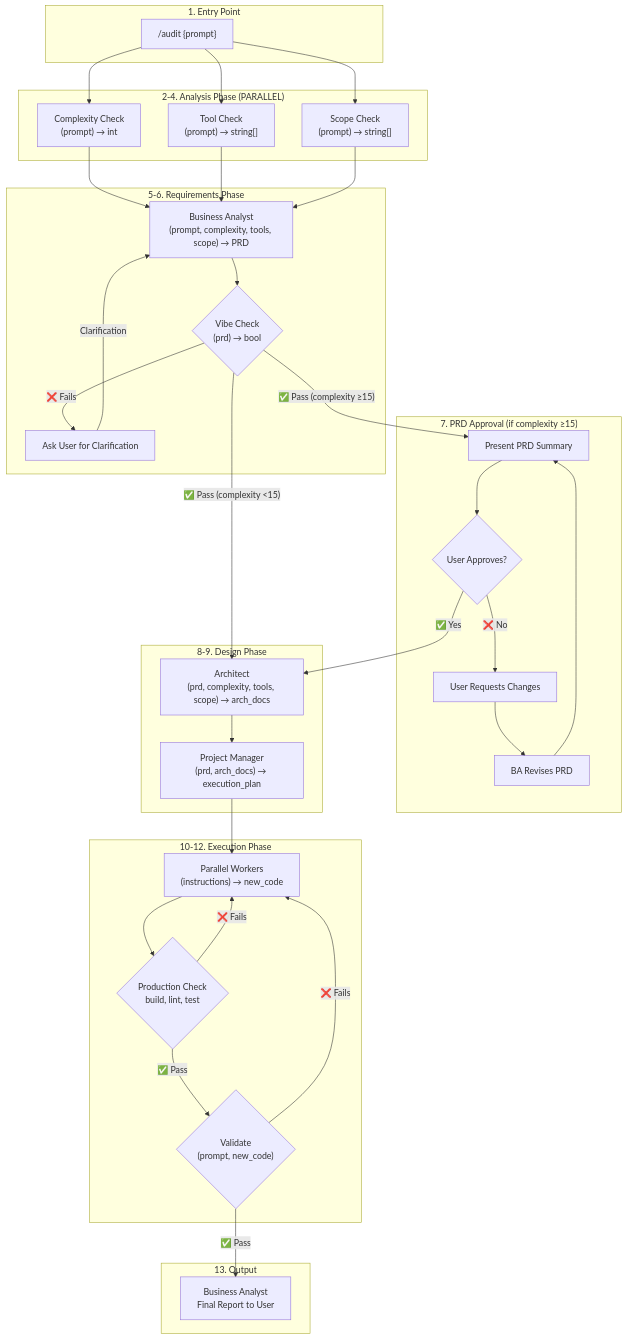
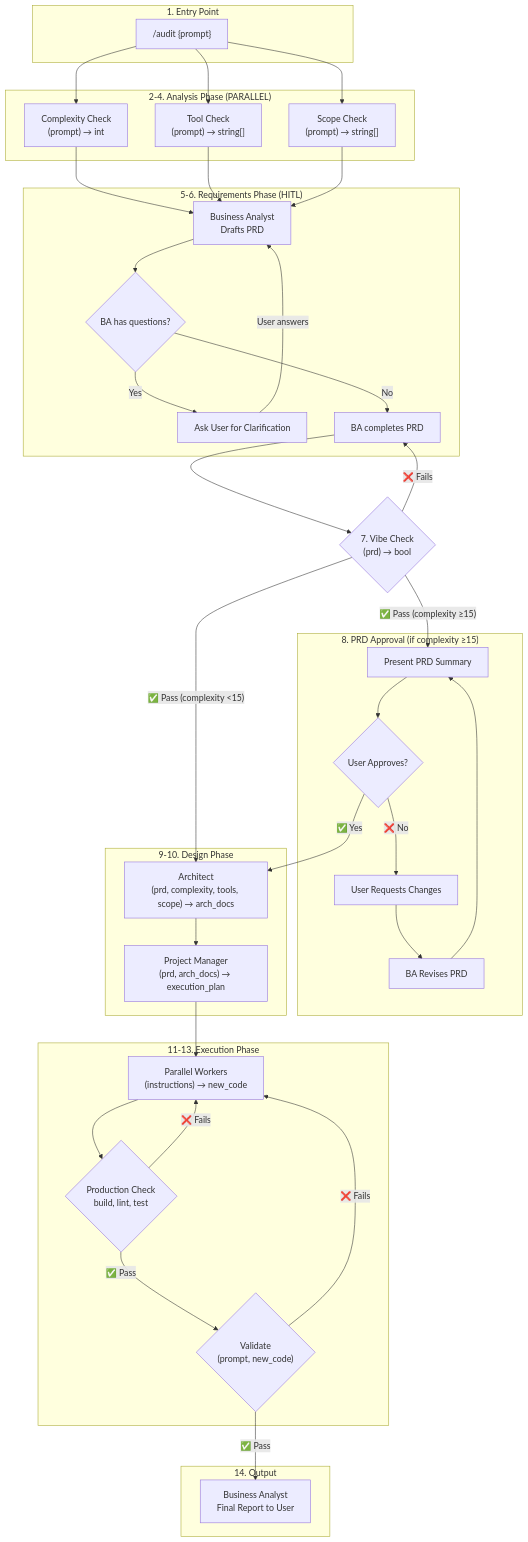
Before and after one commit to metasaver/metasaver-marketplace: the first of 12 diagrams in docs/audit-command-target-state.md, drawn with Mermaid. The commit also changed other lines of this file and 11 other files, not shown here.

Commit message:
feat: enhance workflow documentation for audit, build, and ms commands with detailed phase descriptions and HITL processes

````diff
--- a/docs/audit-command-target-state.md
+++ b/docs/audit-command-target-state.md
@@ -14,60 +14,66 @@
 ```mermaid
 flowchart TB
     subgraph Entry["1. Entry Point"]
         A["/audit {prompt}"]
     end
 
     subgraph Analysis["2-4. Analysis Phase (PARALLEL)"]
         B["Complexity Check<br/>(prompt) → int"]
         C["Tool Check<br/>(prompt) → string[]"]
         D["Scope Check<br/>(prompt) → string[]"]
     end
 
-    subgraph Requirements["5-6. Requirements Phase"]
-        E["Business Analyst<br/>(prompt, complexity, tools, scope) → PRD"]
-        F{"Vibe Check<br/>(prd) → bool"}
+    subgraph Requirements["5-6. Requirements Phase (HITL)"]
+        E["Business Analyst<br/>Drafts PRD"]
+        E2{"BA has questions?"}
         G["Ask User for Clarification"]
+        E3["BA completes PRD"]
     end
 
-    subgraph HumanVal["7. PRD Approval (if complexity ≥15)"]
+    VC{"7. Vibe Check<br/>(prd) → bool"}
+
+    subgraph HumanVal["8. PRD Approval (if complexity ≥15)"]
         H0["Present PRD Summary"]
         H1{"User Approves?"}
         H2["User Requests Changes"]
         H3["BA Revises PRD"]
     end
 
-    subgraph Design["8-9. Design Phase"]
+    subgraph Design["9-10. Design Phase"]
         H["Architect<br/>(prd, complexity, tools, scope) → arch_docs"]
         I["Project Manager<br/>(prd, arch_docs) → execution_plan"]
     end
 
-    subgraph Execution["10-12. Execution Phase"]
+    subgraph Execution["11-13. Execution Phase"]
         J["Parallel Workers<br/>(instructions) → new_code"]
         K{"Production Check<br/>build, lint, test"}
         L{"Validate<br/>(prompt, new_code)"}
     end
 
-    subgraph Output["13. Output"]
+    subgraph Output["14. Output"]
         M["Business Analyst<br/>Final Report to User"]
     end
 
     A --> B & C & D
     B & C & D --> E
-    E --> F
-    F -->|"❌ Fails"| G
-    G -->|"Clarification"| E
-    F -->|"✅ Pass (complexity ≥15)"| H0
-    F -->|"✅ Pass (complexity <15)"| H
+    E --> E2
+    E2 -->|"Yes"| G
+    G -->|"User answers"| E
+    E2 -->|"No"| E3
+    E3 --> VC
+    VC -->|"❌ Fails"| E3
+    VC -->|"✅ Pass (complexity ≥15)"| H0
+    VC -->|"✅ Pass (complexity <15)"| H
     H0 --> H1
     H1 -->|"❌ No"| H2
     H2 --> H3
     H3 --> H0
     H1 -->|"✅ Yes"| H
     H --> I
     I --> J
     J --> K
     K -->|"❌ Fails"| J
     K -->|"✅ Pass"| L
     L -->|"❌ Fails"| J
     L -->|"✅ Pass"| M
 ```
````
